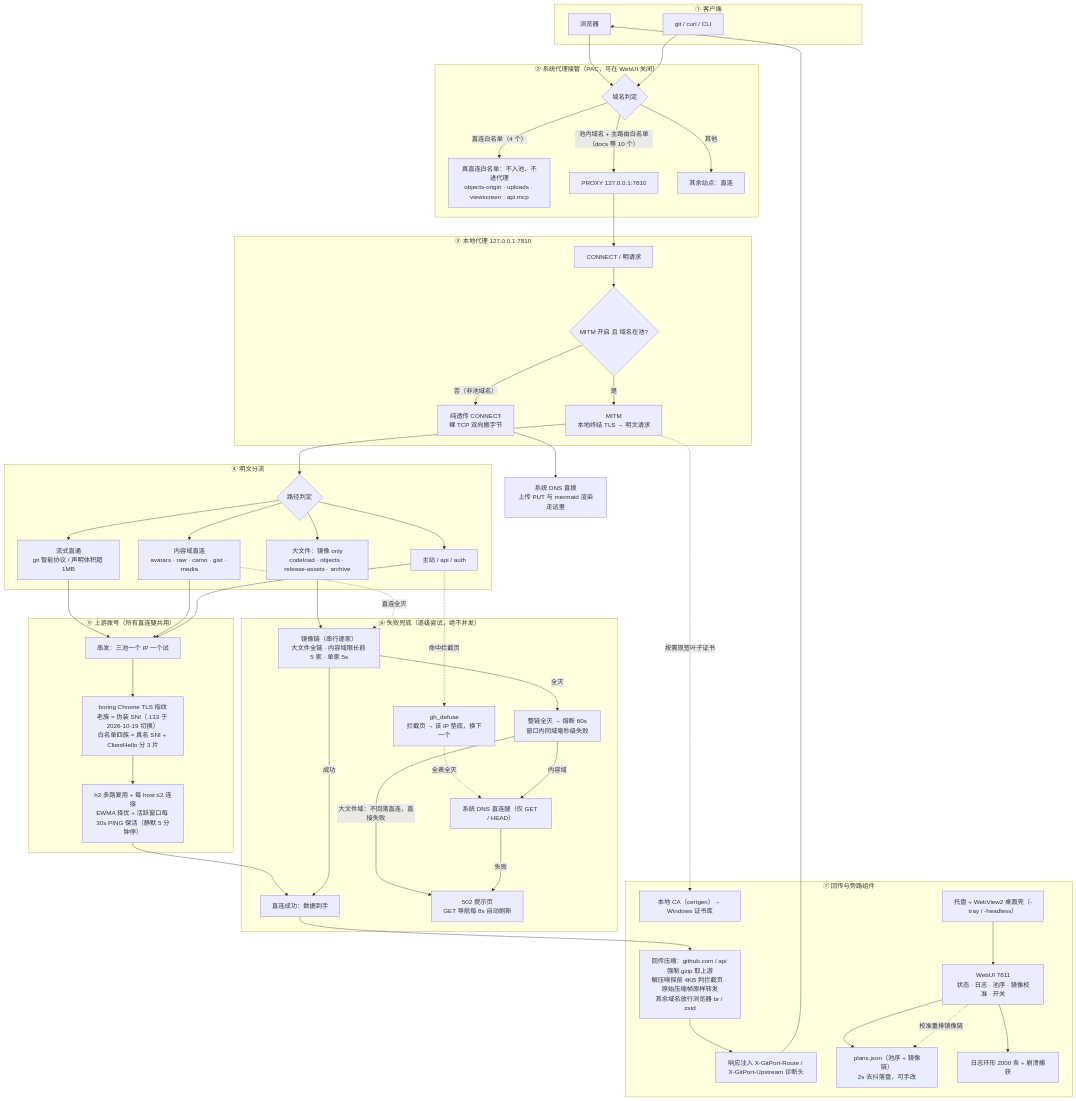
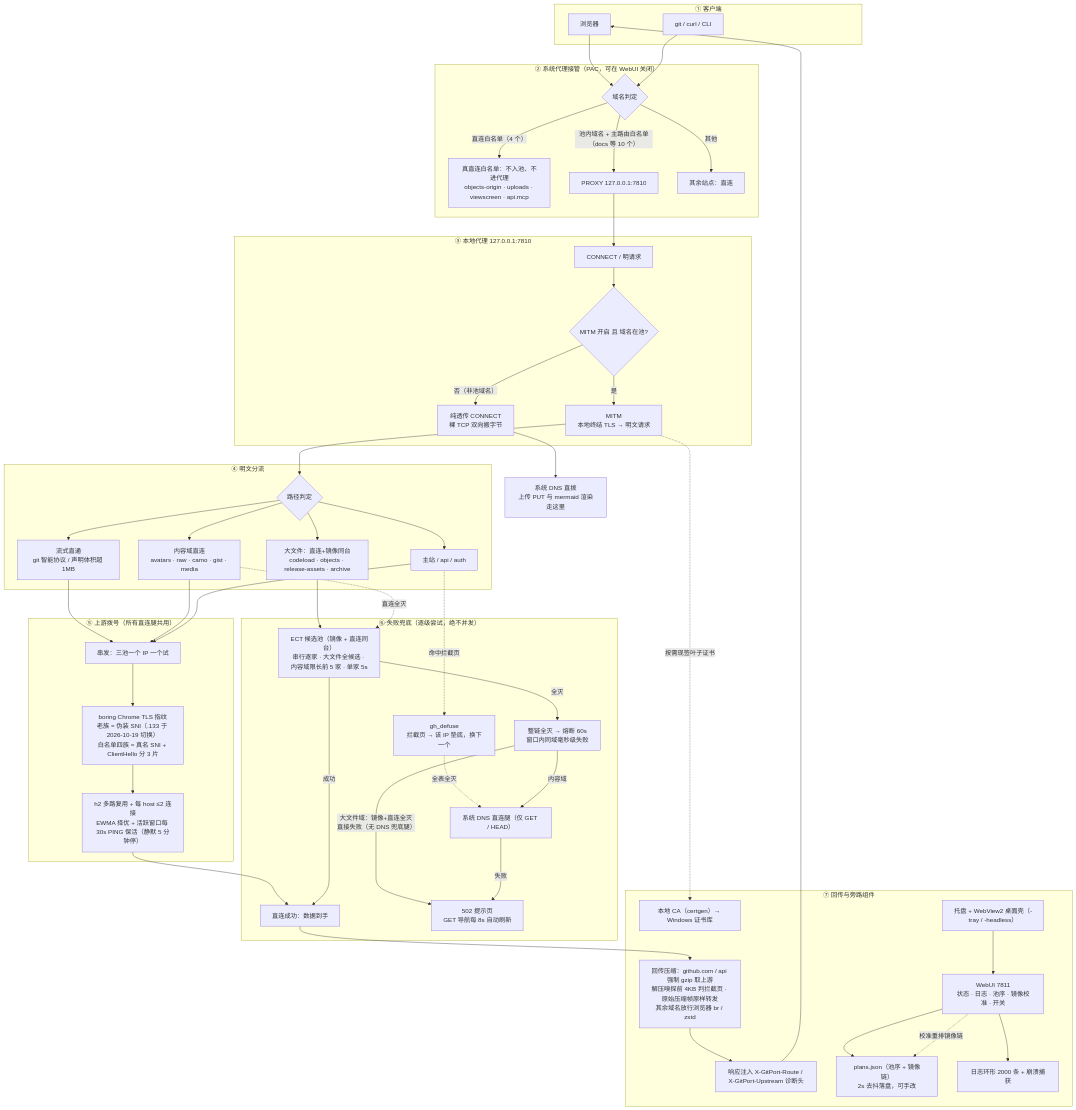
Before and after one commit to zhidian-cmd/gitport-github: the first of 2 diagrams in docs/ARCHITECTURE.md, drawn with Mermaid. The commit also changed other lines of this file and 4 other files, not shown here.

```diff
--- a/docs/ARCHITECTURE.md
+++ b/docs/ARCHITECTURE.md
@@ -33,7 +33,7 @@
     subgraph L4["④ 明文分流"]
         Q{"路径判定"}
         S1["流式直通<br/>git 智能协议 / 声明体积超 1MB"]
-        S2["大文件：镜像 only<br/>codeload · objects · release-assets · archive"]
+        S2["大文件：直连+镜像同台<br/>codeload · objects · release-assets · archive"]
         S3["内容域直连<br/>avatars · raw · camo · gist · media"]
         S4["主站 / api / auth"]
     end
@@ -55,7 +55,7 @@
     subgraph L6["⑥ 失败兜底（逐级尝试，绝不并发）"]
         GH["直连成功：数据到手"]
         GD["gh_defuse<br/>拦截页 → 该 IP 垫底，换下一个"]
-        MK["镜像链（串行逐家）<br/>大文件全链 · 内容域限长前 5 家 · 单家 5s"]
+        MK["ECT 候选池（镜像 + 直连同台）<br/>串行逐家 · 大文件全候选 · 内容域限长前 5 家 · 单家 5s"]
         BRK["整链全灭 → 熔断 60s<br/>窗口内同域毫秒级失败"]
         DNSL["系统 DNS 直连腿（仅 GET / HEAD）"]
         E502["502 提示页<br/>GET 导航每 8s 自动刷新"]
@@ -68,7 +68,7 @@
     MK -->|"成功"| GH
     MK -->|"全灭"| BRK
     BRK -->|"内容域"| DNSL
-    BRK -->|"大文件域：不回落直连，直接失败"| E502
+    BRK -->|"大文件域：镜像+直连全灭直接失败（无 DNS 兜底腿）"| E502
     DNSL -->|"失败"| E502
     subgraph L7["⑦ 回传与旁路组件"]
         R1["回传压缩：github.com / api 强制 gzip 取上游<br/>解压嗅探前 4KB 判拦截页 · 原始压缩帧原样转发<br/>其余域名放行浏览器 br / zstd"]
```
